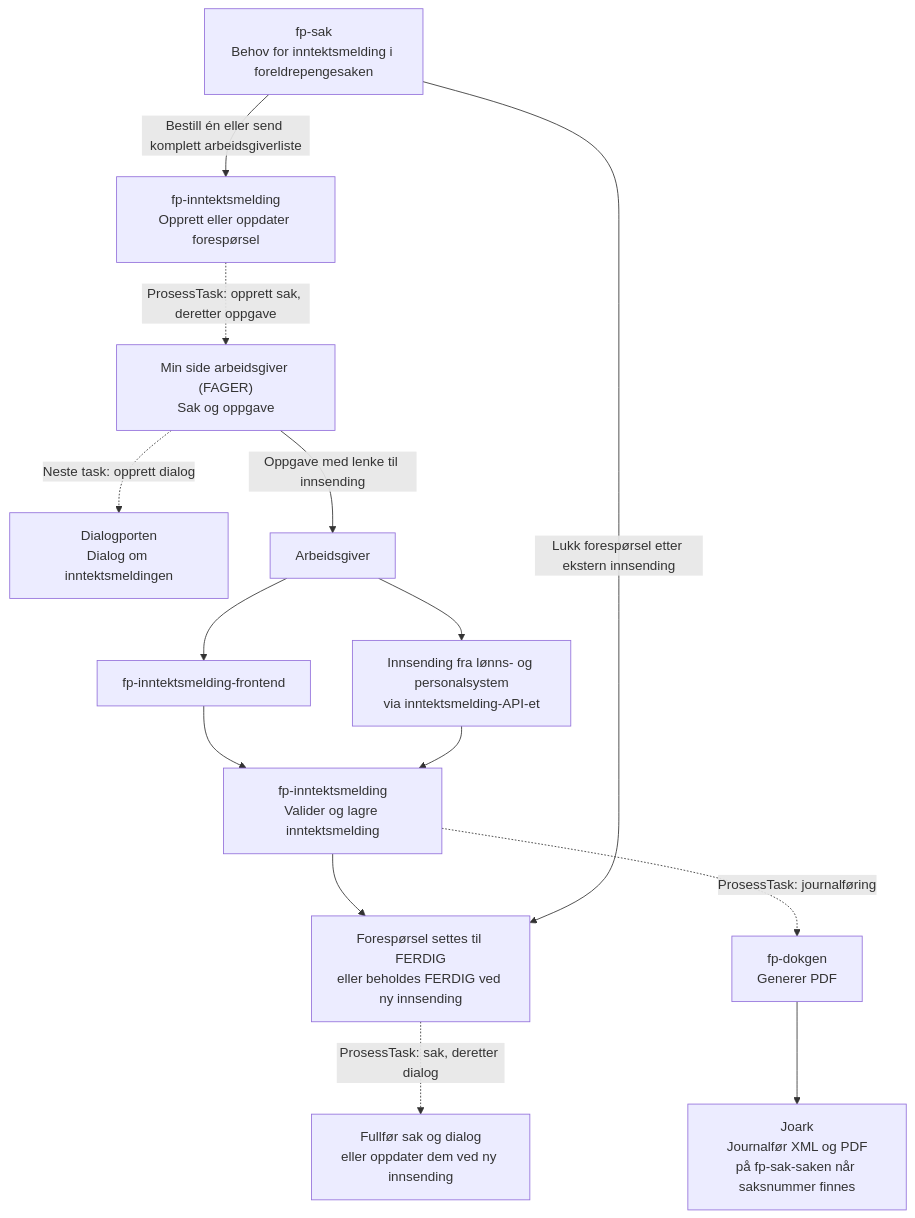
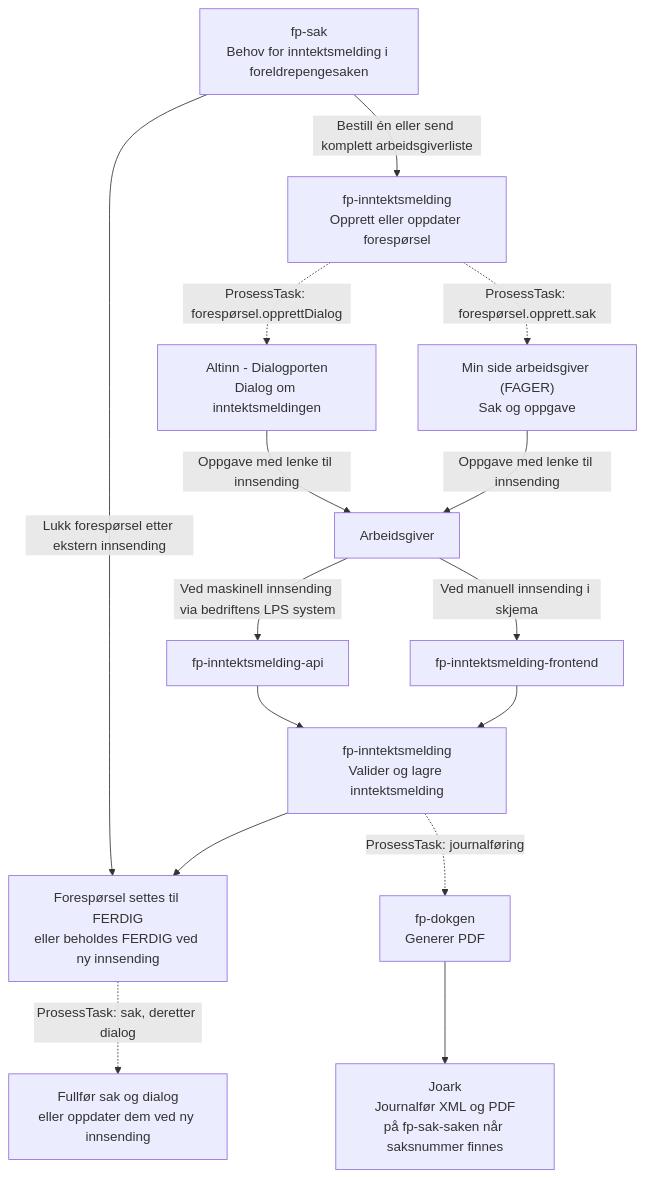
The first of 2 diagrams in README.md (navikt/fp-inntektsmelding), drawn with Mermaid before and after one commit.

Commit message:
Chore: Endringer

````diff
--- a/README.md
+++ b/README.md
@@ -62,29 +62,30 @@
 ```mermaid
 flowchart TD
     FPSAK["fp-sak<br/>Behov for inntektsmelding i foreldrepengesaken"]
     FORESPORSEL["fp-inntektsmelding<br/>Opprett eller oppdater forespørsel"]
     PORTAL["Min side arbeidsgiver (FAGER)<br/>Sak og oppgave"]
-    DIALOG["Dialogporten<br/>Dialog om inntektsmeldingen"]
+    DIALOG["Altinn - Dialogporten<br/>Dialog om inntektsmeldingen"]
     ARBEIDSGIVER["Arbeidsgiver"]
     FRONTEND["fp-inntektsmelding-frontend"]
-    API["Innsending fra lønns- og personalsystem<br/>via inntektsmelding-API-et"]
+    API["fp-inntektsmelding-api"]
     MOTTAK["fp-inntektsmelding<br/>Valider og lagre inntektsmelding"]
     FERDIG["Forespørsel settes til FERDIG<br/>eller beholdes FERDIG ved ny innsending"]
     PDF["fp-dokgen<br/>Generer PDF"]
     JOARK["Joark<br/>Journalfør XML og PDF<br/>på fp-sak-saken når saksnummer finnes"]
     LUKK["Fullfør sak og dialog<br/>eller oppdater dem ved ny innsending"]
 
     FPSAK -->|"Bestill én eller send komplett arbeidsgiverliste"| FORESPORSEL
-    FORESPORSEL -.->|"ProsessTask: opprett sak, deretter oppgave"| PORTAL
-    PORTAL -.->|"Neste task: opprett dialog"| DIALOG
+    FORESPORSEL -.->|"ProsessTask: forespørsel.opprett.sak"| PORTAL
+    FORESPORSEL -.->|"ProsessTask: forespørsel.opprettDialog"| DIALOG
     PORTAL -->|"Oppgave med lenke til innsending"| ARBEIDSGIVER
-    ARBEIDSGIVER --> FRONTEND
-    ARBEIDSGIVER --> API
+    DIALOG -->|"Oppgave med lenke til innsending"| ARBEIDSGIVER
+    ARBEIDSGIVER -->|"Ved manuell innsending i skjema"|FRONTEND
+    ARBEIDSGIVER -->|"Ved maskinell innsending via bedriftens LPS system"|API
     FRONTEND --> MOTTAK
     API --> MOTTAK
     MOTTAK --> FERDIG
     MOTTAK -.->|"ProsessTask: journalføring"| PDF
     PDF --> JOARK
     FERDIG -.->|"ProsessTask: sak, deretter dialog"| LUKK
     FPSAK -->|"Lukk forespørsel etter ekstern innsending"| FERDIG
 ```
````
